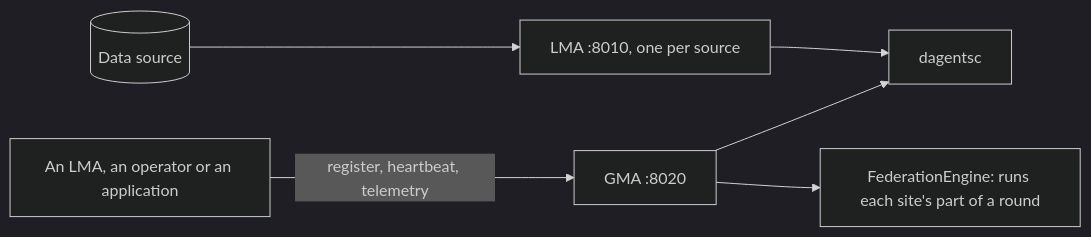
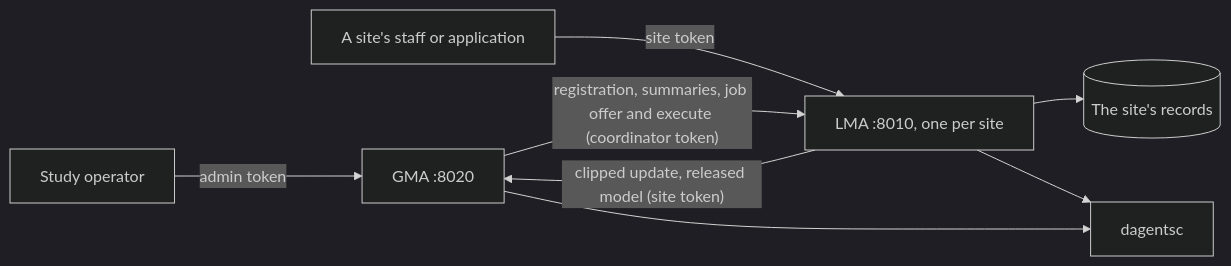
The first of 12 diagrams in docs/reference/api/agents.md (pradyunuydarp/Dagents), drawn with Mermaid (dark theme) before and after one commit. The commit also changed other lines of this file and 129 other files, not shown here.

First line of the commit message:
Give the LMA a site mode and let the GMA run rounds over HTTP

````diff
--- a/docs/reference/api/agents.md
+++ b/docs/reference/api/agents.md
@@ -27,8 +35,10 @@
 ```mermaid
 flowchart LR
-    Source[("Data source")] --> LMA["LMA :8010, one per source"]
-    Caller["An LMA, an operator or an application"] -->|"register, heartbeat, telemetry"| GMA["GMA :8020"]
-    GMA --> Engine["FederationEngine: runs each site's part of a round"]
+    Operator["Study operator"] -->|"admin token"| GMA["GMA :8020"]
+    Staff["A site's staff or application"] -->|"site token"| LMA["LMA :8010, one per site"]
+    GMA -->|"registration, summaries, job offer and execute (coordinator token)"| LMA
+    LMA -->|"clipped update, released model (site token)"| GMA
+    LMA --> Source[("The site's records")]
     LMA --> Planner["dagentsc"]
     GMA --> Planner
 ```
````
